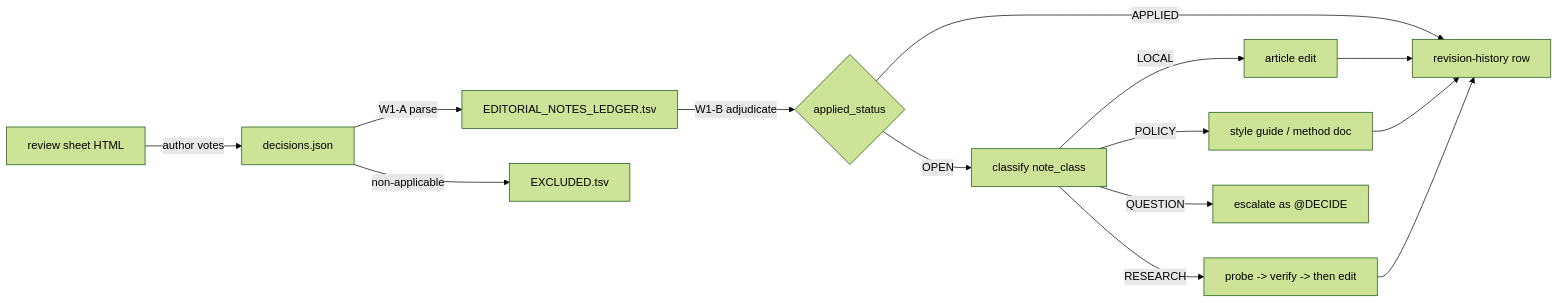
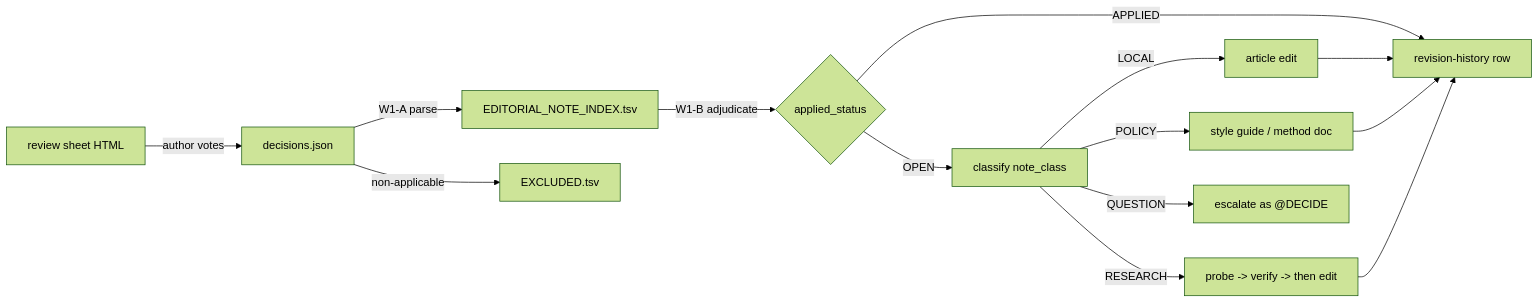
The diagram in docs/ARCHITECTURE_SANGRAM_EDITORIAL_NOTE_PIPELINE.md (gasyoun/SanskritGrammar), drawn with Mermaid (forest theme) before and after one commit. The commit also changed other lines of this file and 3 other files, not shown here.

First line of the commit message:
docs(sangram): fix plan-doc filename refs to EDITORIAL_NOTE_INDEX (H1273 naming ruling)

````diff
--- a/docs/ARCHITECTURE_SANGRAM_EDITORIAL_NOTE_PIPELINE.md
+++ b/docs/ARCHITECTURE_SANGRAM_EDITORIAL_NOTE_PIPELINE.md
@@ -11,16 +11,16 @@
 ```mermaid
 flowchart LR
   A[review sheet HTML] -->|author votes| B[decisions.json]
-  B -->|W1-A parse| C[EDITORIAL_NOTES_LEDGER.tsv]
+  B -->|W1-A parse| C[EDITORIAL_NOTE_INDEX.tsv]
   B -->|non-applicable| X[EXCLUDED.tsv]
   C -->|W1-B adjudicate| D{applied_status}
   D -->|APPLIED| E[revision-history row]
   D -->|OPEN| F[classify note_class]
   F -->|LOCAL| G[article edit]
   F -->|POLICY| H[style guide / method doc]
   F -->|RESEARCH| I[probe -> verify -> then edit]
   F -->|QUESTION| J[escalate as @DECIDE]
   G --> E
   H --> E
   I --> E
 ```
````
